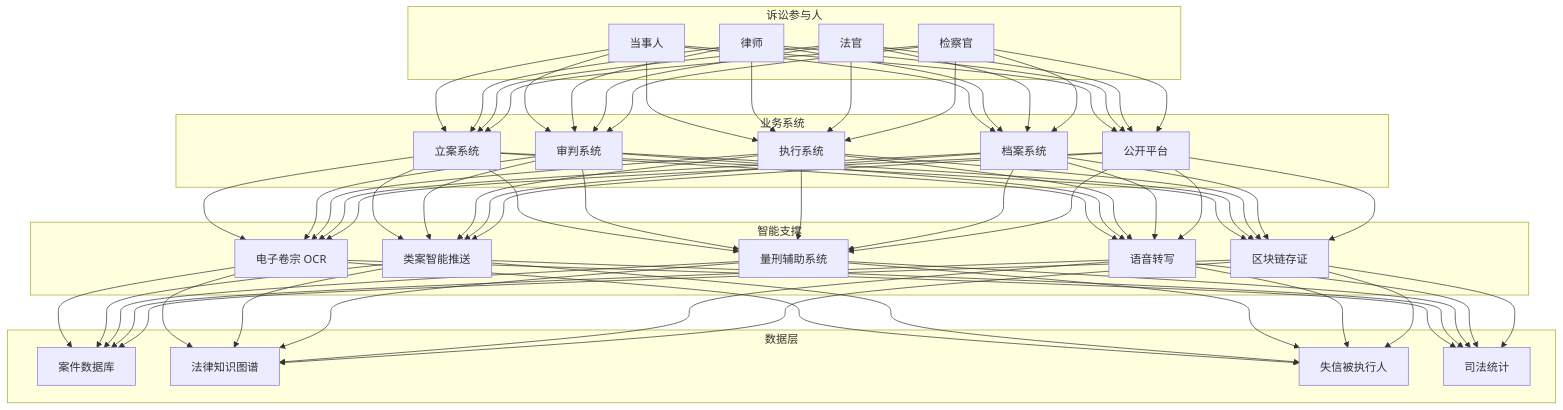
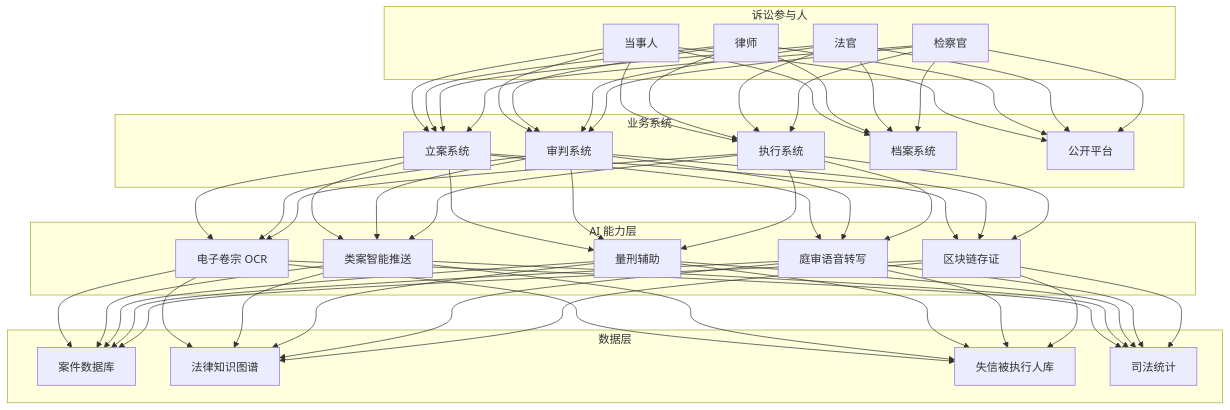
The diagram in topic-application-architecture/82-legaltech.md (kudig-io/kudig-database), drawn with Mermaid before and after one commit. The commit also changed other lines of this file and 8633 other files, not shown here.

````diff
--- a/topic-application-architecture/82-legaltech.md
+++ b/topic-application-architecture/82-legaltech.md
@@ -49,36 +115,36 @@
 ```mermaid
 graph TB
     subgraph 诉讼参与人
         U1[当事人]
         U2[律师]
         U3[法官]
         U4[检察官]
     end
 
     subgraph 业务系统
         B1[立案系统]
         B2[审判系统]
         B3[执行系统]
         B4[档案系统]
         B5[公开平台]
     end
 
-    subgraph 智能支撑
+    subgraph AI 能力层
         I1[电子卷宗 OCR]
         I2[类案智能推送]
-        I3[量刑辅助系统]
-        I4[语音转写]
+        I3[量刑辅助]
+        I4[庭审语音转写]
         I5[区块链存证]
     end
 
     subgraph 数据层
         D1[案件数据库]
         D2[法律知识图谱]
-        D3[失信被执行人]
+        D3[失信被执行人库]
         D4[司法统计]
     end
 
     U1 & U2 & U3 & U4 --> B1 & B2 & B3 & B4 & B5
-    B1 & B2 & B3 & B4 & B5 --> I1 & I2 & I3 & I4 & I5
+    B1 & B2 & B3 --> I1 & I2 & I3 & I4 & I5
     I1 & I2 & I3 & I4 & I5 --> D1 & D2 & D3 & D4
 ```
````
